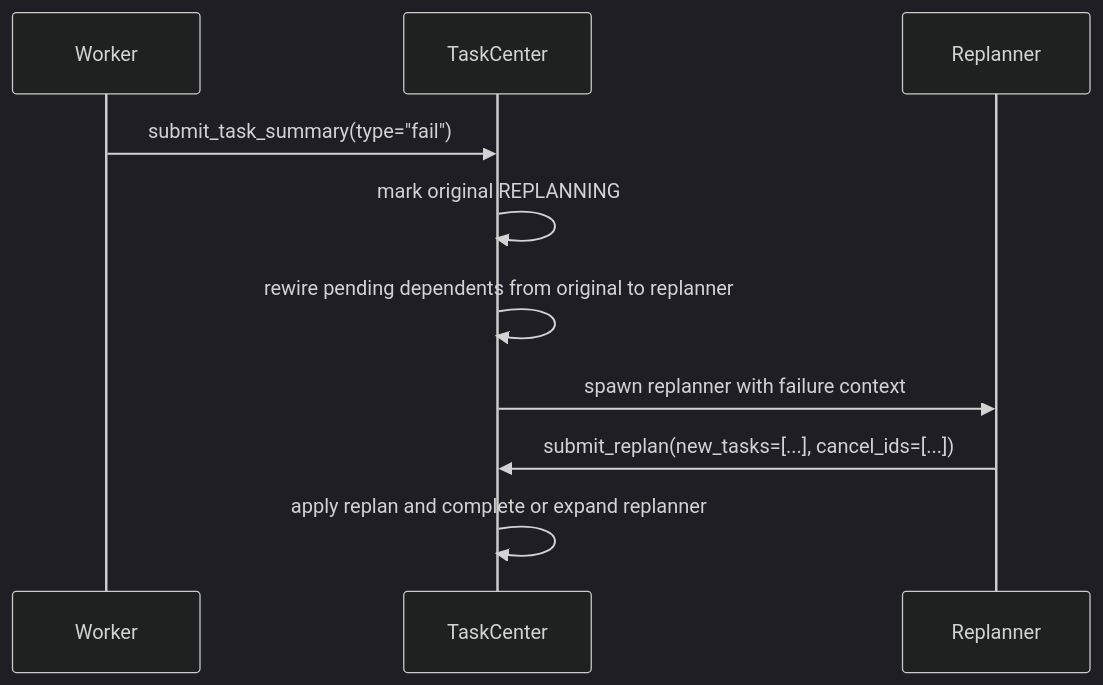
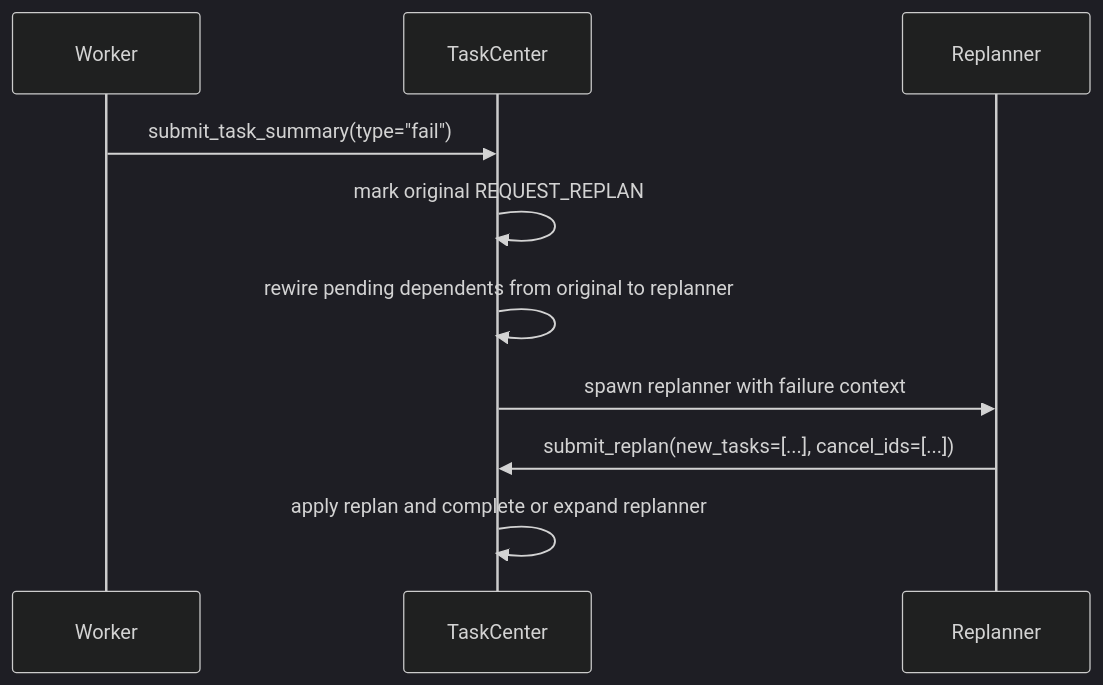
The second of 2 diagrams in docs/architecture/team-coordination.md (Ephemeral-AI-Lab/ephemeral-os), drawn with Mermaid (dark theme) before and after one commit. The commit also changed other lines of this file and 79 other files, not shown here.

First line of the commit message:
Add prompt reporting and tool schema summaries

````diff
--- a/docs/architecture/team-coordination.md
+++ b/docs/architecture/team-coordination.md
@@ -25,13 +25,13 @@
 ```mermaid
 sequenceDiagram
     participant Worker
     participant TaskCenter
     participant Replanner
 
     Worker->>TaskCenter: submit_task_summary(type="fail")
-    TaskCenter->>TaskCenter: mark original REPLANNING
+    TaskCenter->>TaskCenter: mark original REQUEST_REPLAN
     TaskCenter->>TaskCenter: rewire pending dependents from original to replanner
     TaskCenter->>Replanner: spawn replanner with failure context
     Replanner->>TaskCenter: submit_replan(new_tasks=[...], cancel_ids=[...])
     TaskCenter->>TaskCenter: apply replan and complete or expand replanner
 ```
````
